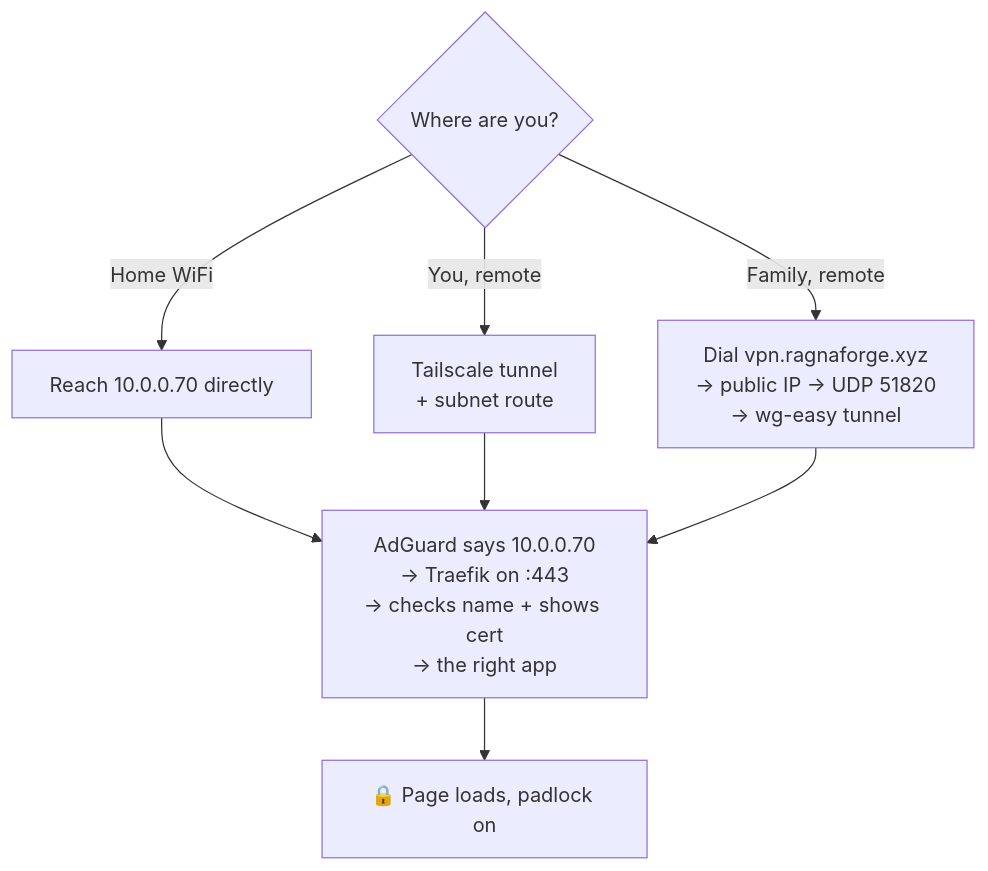
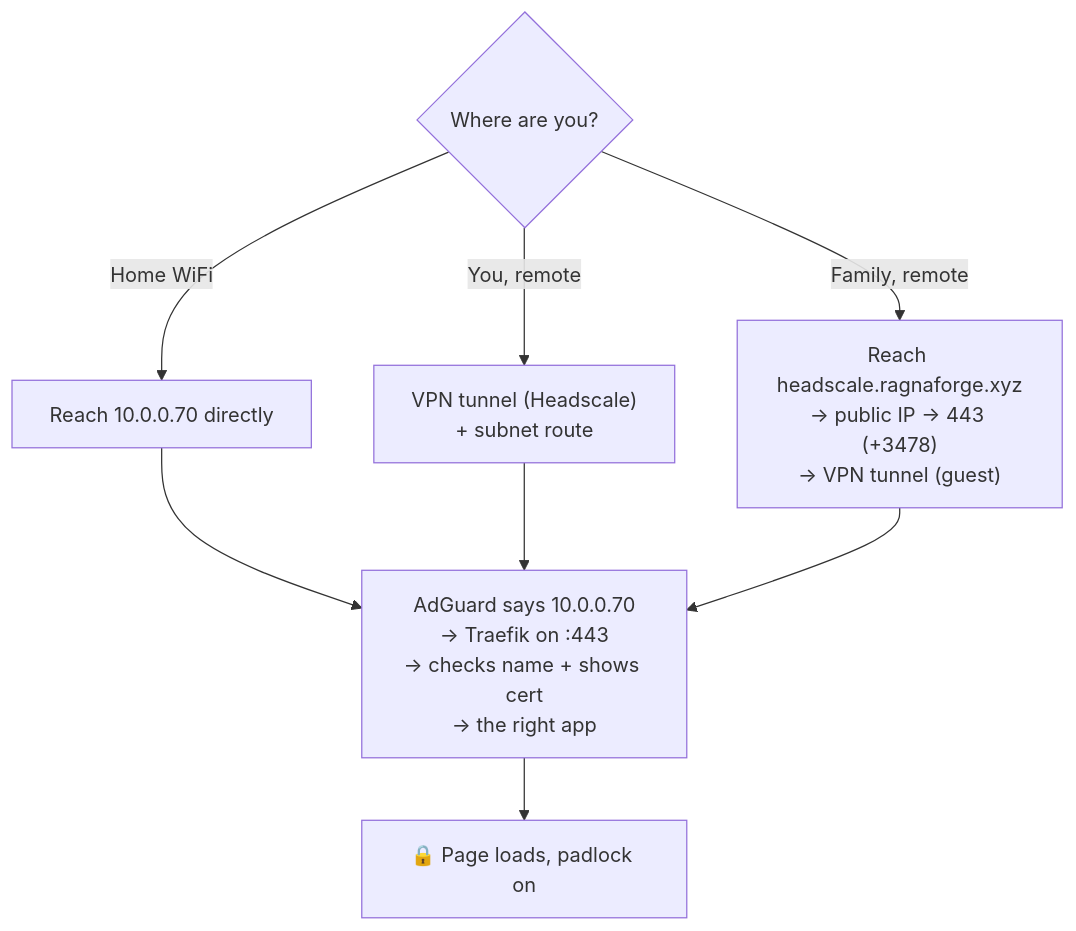
Before and after one commit to RushilBasappa/homeserve: the sixth of 6 diagrams in docs/networking-explained.md, drawn with Mermaid. The commit also changed other lines of this file and 17 other files, not shown here.

````diff
--- a/docs/networking-explained.md
+++ b/docs/networking-explained.md
@@ -262,12 +281,12 @@
 ```mermaid
 flowchart TB
     q{"Where are you?"}
     q -- "Home WiFi" --> a["Reach 10.0.0.70 directly"]
-    q -- "You, remote" --> b["Tailscale tunnel<br/>+ subnet route"]
-    q -- "Family, remote" --> c["Dial vpn.ragnaforge.xyz<br/>-> public IP -> UDP 51820<br/>-> wg-easy tunnel"]
+    q -- "You, remote" --> b["VPN tunnel (Headscale)<br/>+ subnet route"]
+    q -- "Family, remote" --> c["Reach headscale.ragnaforge.xyz<br/>-> public IP -> 443 (+3478)<br/>-> VPN tunnel (guest)"]
     a --> c2
     b --> c2
     c --> c2
     c2["AdGuard says 10.0.0.70<br/>-> Traefik on :443<br/>-> checks name + shows cert<br/>-> the right app"]
     c2 --> done["🔒 Page loads, padlock on"]
 ```
````
